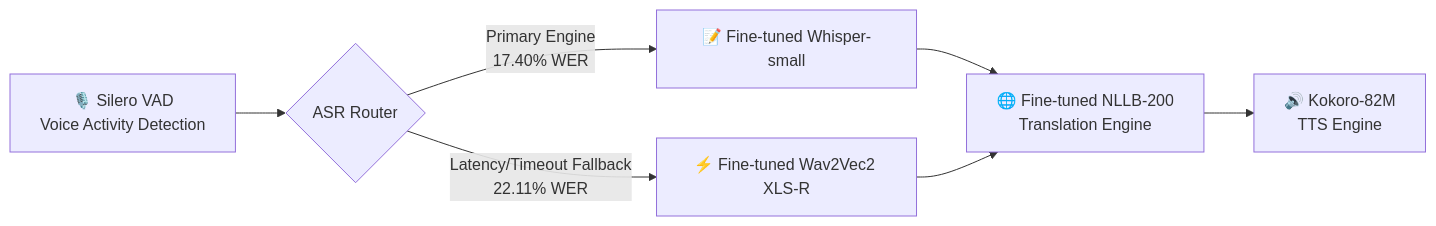
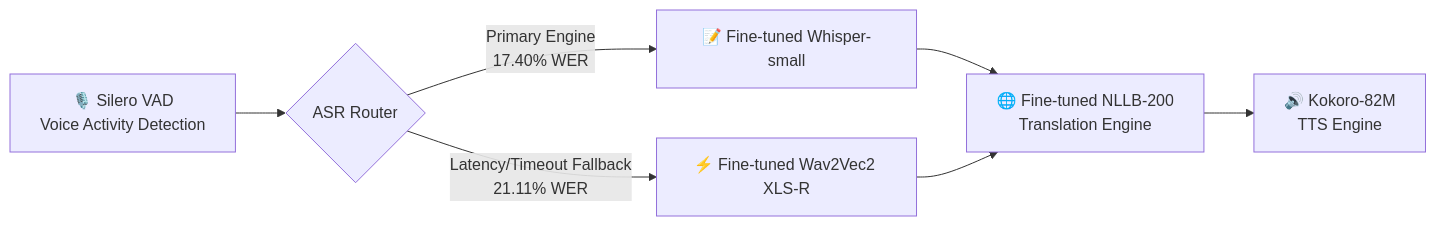
The diagram in README.md (YuvrajGujari/balti-tarjuman), drawn with Mermaid before and after one commit. The commit also changed other lines of this file, not shown here.

````diff
--- a/README.md
+++ b/README.md
@@ -31,10 +31,9 @@
 ```mermaid
 flowchart LR
     A[🎙️ Silero VAD<br/>Voice Activity Detection] --> B{ASR Router}
     B -- Primary Engine<br/>17.40% WER --> C[📝 Fine-tuned Whisper-small]
-    B -- Latency/Timeout Fallback<br/>22.11% WER --> D[⚡ Fine-tuned Wav2Vec2 XLS-R]
+    B -- Latency/Timeout Fallback<br/>21.11% WER --> D[⚡ Fine-tuned Wav2Vec2 XLS-R]
     C --> E[🌐 Fine-tuned NLLB-200<br/>Translation Engine]
     D --> E
     E --> F[🔊 Kokoro-82M<br/>TTS Engine]
-
 ```
````
